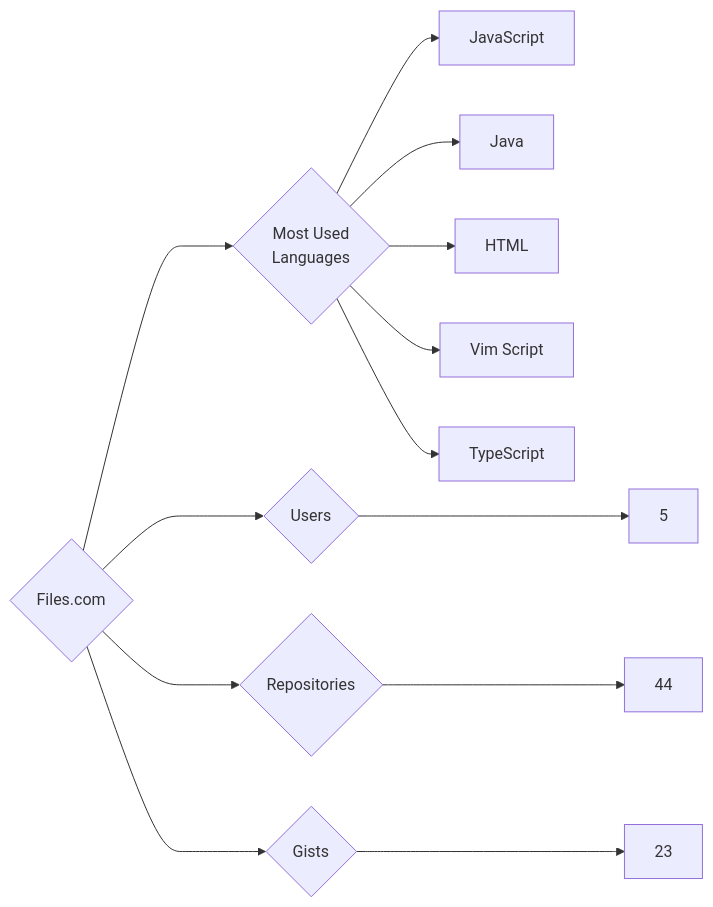
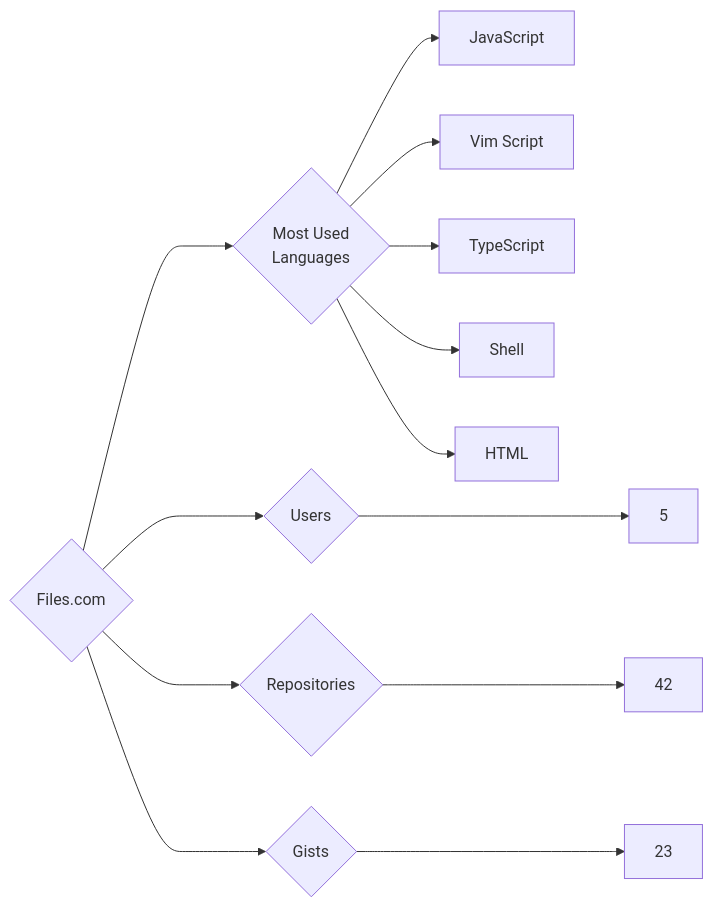
One commit to trickest/insiders changed the diagram in targets/Files.com/README.md. Above: the diagram before and after it, drawn with Mermaid. The commit also changed 1120 other files, not shown here.

````diff
--- a/targets/Files.com/README.md
+++ b/targets/Files.com/README.md
@@ -3,13 +3,13 @@
 ```mermaid
 graph LR
 COMPANY_NAME{Files.com}
 COMPANY_NAME ---> U{Users} ---> UN[5]
-COMPANY_NAME ---> R{Repositories} ---> RN[44]
+COMPANY_NAME ---> R{Repositories} ---> RN[42]
 COMPANY_NAME ---> G{Gists} ---> GN[23]
 COMPANY_NAME ---> ML{Most Used<br>Languages}
 ML --> JavaScript[JavaScript]
-ML --> Java[Java]
-ML --> HTML[HTML]
 ML --> Vim_Script[Vim Script]
 ML --> TypeScript[TypeScript]
+ML --> Shell[Shell]
+ML --> HTML[HTML]
 ```
````
